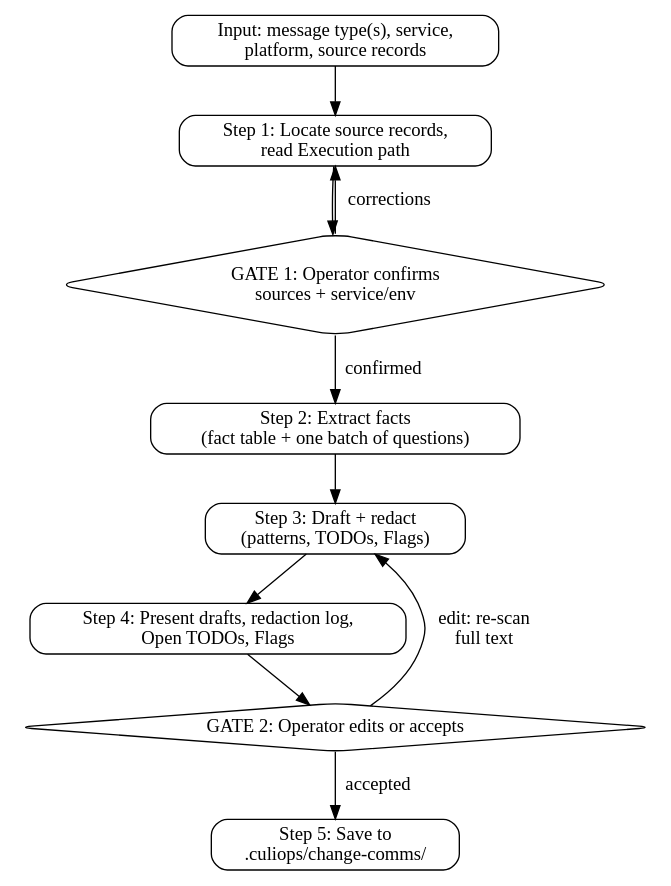
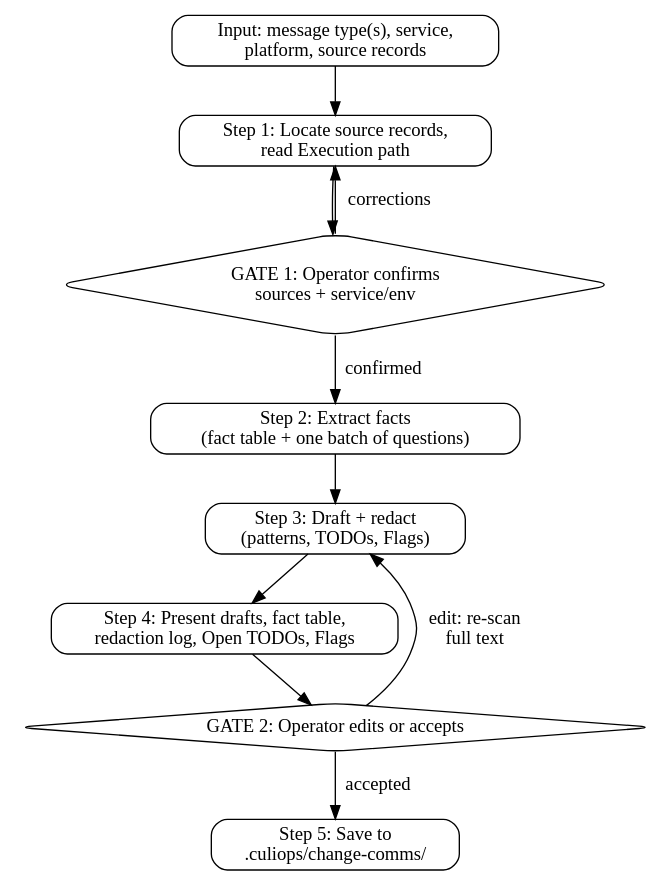
The diagram in skills/change-comms/SKILL.md (culiops/culiops-agent), drawn with Graphviz before and after one commit. The commit also changed other lines of this file and 2 other files, not shown here.

````diff
--- a/skills/change-comms/SKILL.md
+++ b/skills/change-comms/SKILL.md
@@ -101,25 +105,25 @@
 ```dot
 digraph changecomms {
     rankdir=TB;
     node [shape=box, style=rounded];
 
     input   [label="Input: message type(s), service,\nplatform, source records"];
     locate  [label="Step 1: Locate source records,\nread Execution path"];
     gate1   [label="GATE 1: Operator confirms\nsources + service/env", shape=diamond];
     extract [label="Step 2: Extract facts\n(fact table + one batch of questions)"];
     draft   [label="Step 3: Draft + redact\n(patterns, TODOs, Flags)"];
-    present [label="Step 4: Present drafts, redaction log,\nOpen TODOs, Flags"];
+    present [label="Step 4: Present drafts, fact table,\nredaction log, Open TODOs, Flags"];
     gate2   [label="GATE 2: Operator edits or accepts", shape=diamond];
     save    [label="Step 5: Save to\n.culiops/change-comms/"];
 
     input -> locate;
     locate -> gate1;
     gate1 -> extract [label="confirmed"];
     gate1 -> locate  [label="corrections"];
     extract -> draft;
     draft -> present;
     present -> gate2;
     gate2 -> draft   [label="edit: re-scan\nfull text"];
     gate2 -> save    [label="accepted"];
 }
 ```
````
